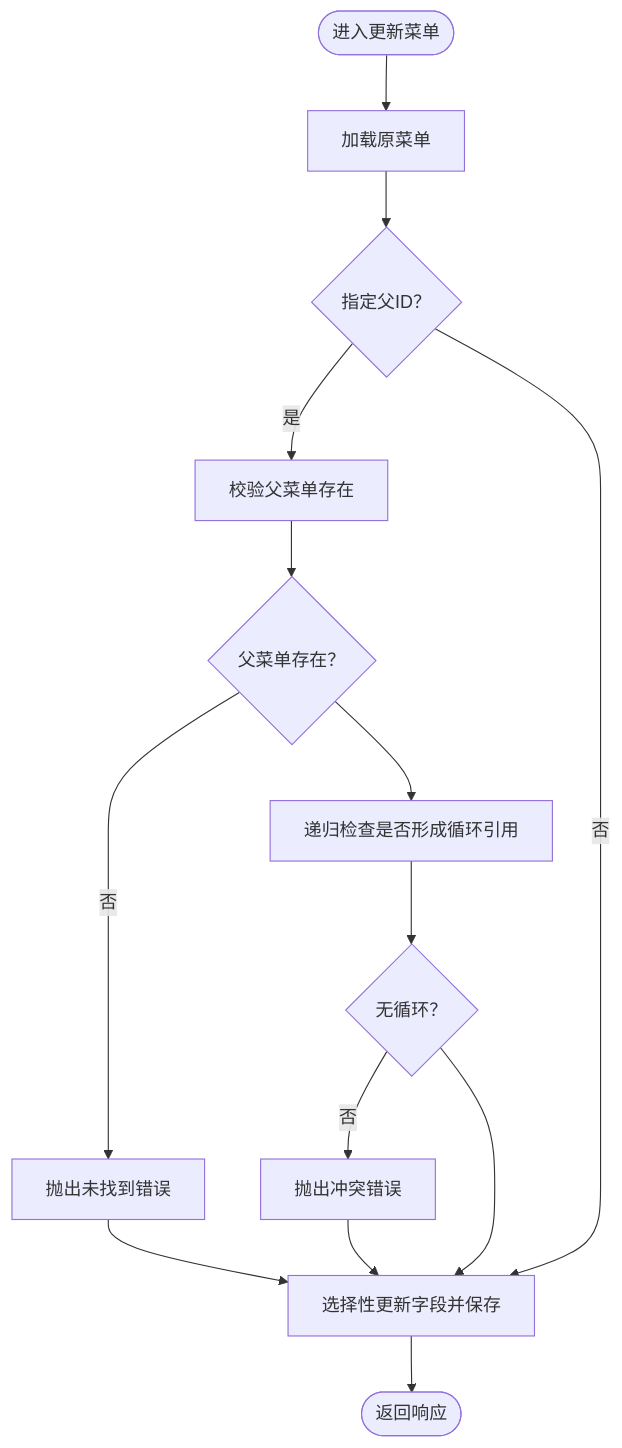
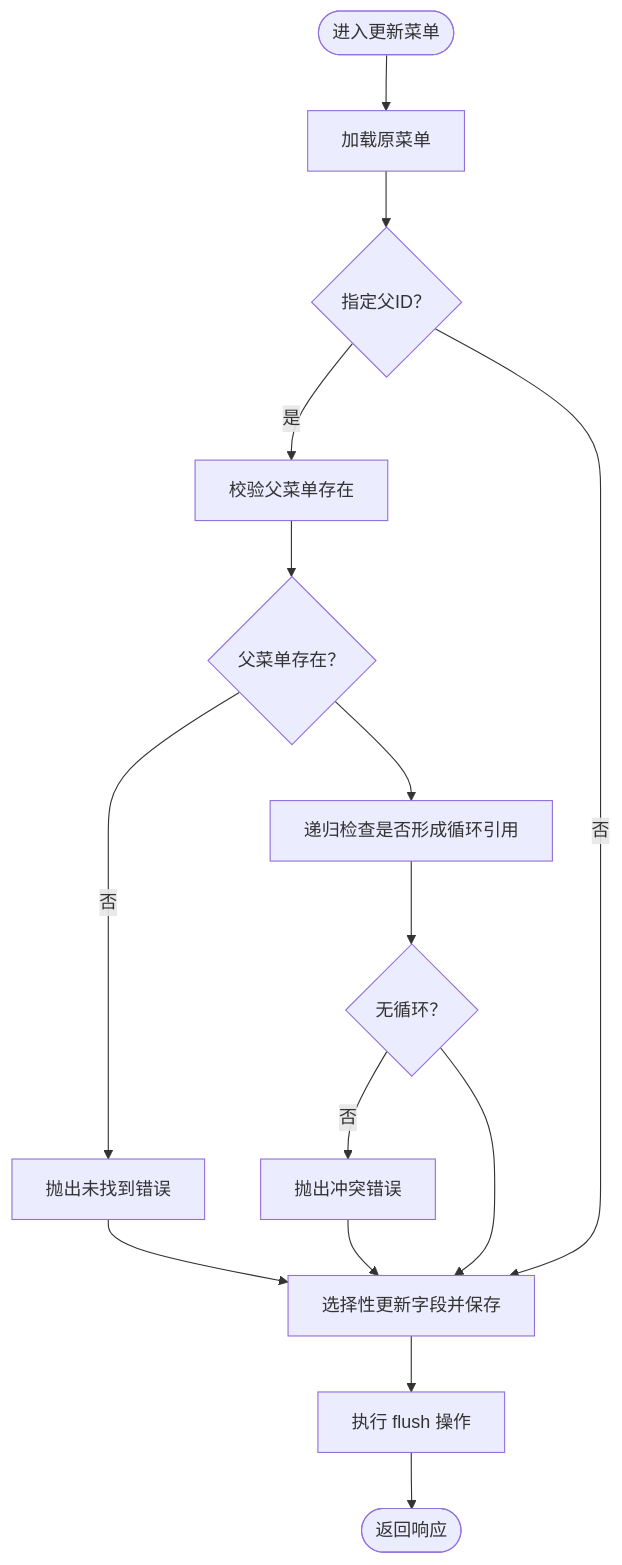
The sixth of 7 diagrams in .qoder/repowiki/zh/content/后端架构设计/DDD 分层架构详解/应用层（Services）.md (taoweidong/Hello-FastApi), drawn with Mermaid before and after one commit. The commit also changed other lines of this file and 75 other files, not shown here.

````diff
--- a/.qoder/repowiki/zh/content/后端架构设计/DDD 分层架构详解/应用层（Services）.md
+++ b/.qoder/repowiki/zh/content/后端架构设计/DDD 分层架构详解/应用层（Services）.md
@@ -393,16 +407,17 @@
 ```mermaid
 flowchart TD
 Start(["进入更新菜单"]) --> Load["加载原菜单"]
 Load --> ParentCheck{"指定父ID？"}
 ParentCheck --> |是| CheckParent["校验父菜单存在"]
 CheckParent --> ParentOk{"父菜单存在？"}
 ParentOk --> |否| ErrParent["抛出未找到错误"]
 ParentOk --> LoopCheck["递归检查是否形成循环引用"]
 LoopCheck --> NoLoop{"无循环？"}
 NoLoop --> |否| ErrLoop["抛出冲突错误"]
 NoLoop --> Save["选择性更新字段并保存"]
 ParentCheck --> |否| Save
 ErrParent --> Save
 ErrLoop --> Save
-Save --> End(["返回响应"])
+Save --> Flush["执行 flush 操作"]
+Flush --> End(["返回响应"])
 ```
````
